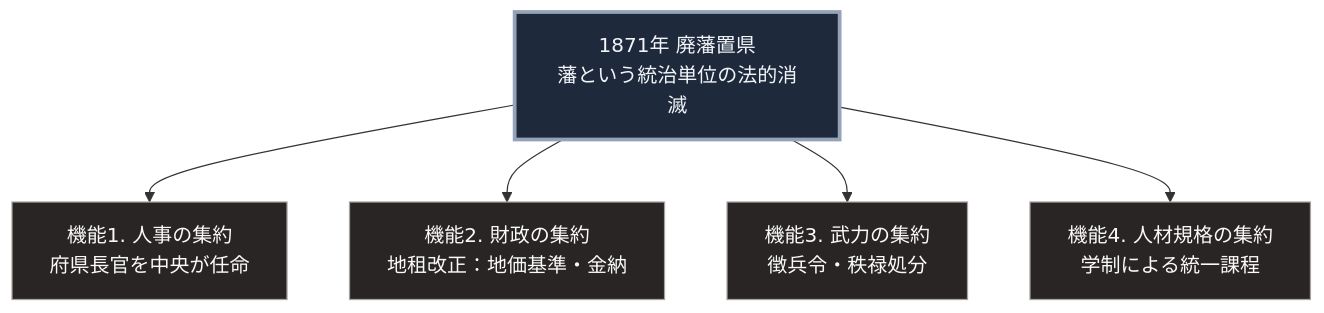
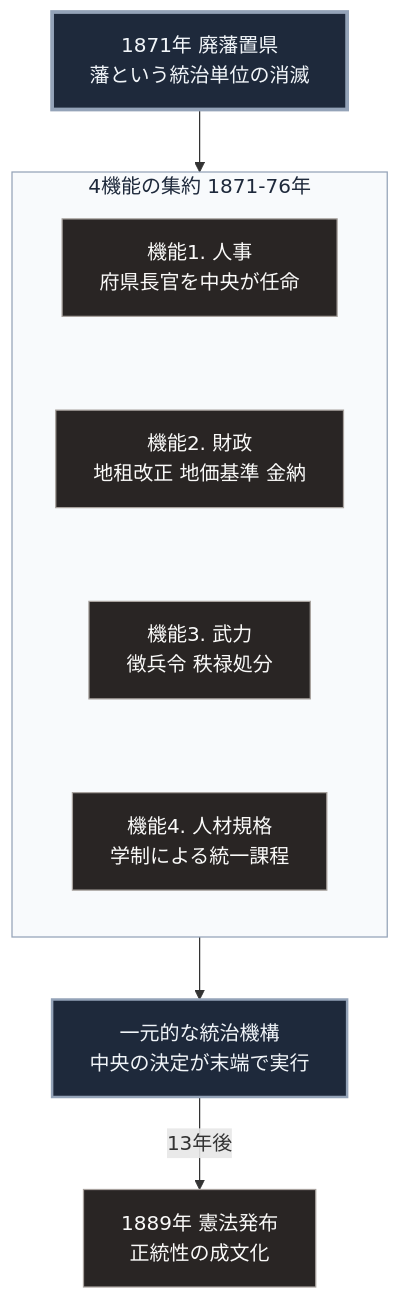
One commit to Takenori-Kusaka/zenn-content changed the diagram in books/sovereign-resilience-blueprint/meiji-centralization.md. Above: the diagram before and after it, drawn with Mermaid. The commit also changed other lines of this file and 114 other files, not shown here.

````diff
--- a/books/sovereign-resilience-blueprint/meiji-centralization.md
+++ b/books/sovereign-resilience-blueprint/meiji-centralization.md
@@ -55,15 +55,22 @@
 ```mermaid
 flowchart TD
-    R[1871年 廃藩置県<br>藩という統治単位の法的消滅]
-
-    R --> F1[機能1. 人事の集約<br>府県長官を中央が任命]
-    R --> F2[機能2. 財政の集約<br>地租改正：地価基準・金納]
-    R --> F3[機能3. 武力の集約<br>徴兵令・秩禄処分]
-    R --> F4[機能4. 人材規格の集約<br>学制による統一課程]
+    R[1871年 廃藩置県<br>藩という統治単位の消滅]
+    R --> G
+    subgraph G[4機能の集約 1871-76年]
+        direction TB
+        F1[機能1. 人事<br>府県長官を中央が任命] ~~~ F2[機能2. 財政<br>地租改正 地価基準 金納]
+        F2 ~~~ F3[機能3. 武力<br>徴兵令 秩禄処分]
+        F3 ~~~ F4[機能4. 人材規格<br>学制による統一課程]
+    end
+    G --> E[一元的な統治機構<br>中央の決定が末端で実行]
+    E -->|13年後| K[1889年 憲法発布<br>正統性の成文化]
 
     style R fill:#1e293b,stroke:#94a3b8,stroke-width:3px,color:#f1f5f9
+    style G fill:#f8fafc,stroke:#94a3b8,color:#1e293b
     style F1 fill:#292524,stroke:#a8a29e,color:#fafaf9
     style F2 fill:#292524,stroke:#a8a29e,color:#fafaf9
     style F3 fill:#292524,stroke:#a8a29e,color:#fafaf9
     style F4 fill:#292524,stroke:#a8a29e,color:#fafaf9
+    style E fill:#1e293b,stroke:#94a3b8,stroke-width:2px,color:#f1f5f9
+    style K fill:#292524,stroke:#a8a29e,color:#fafaf9
 ```
````
